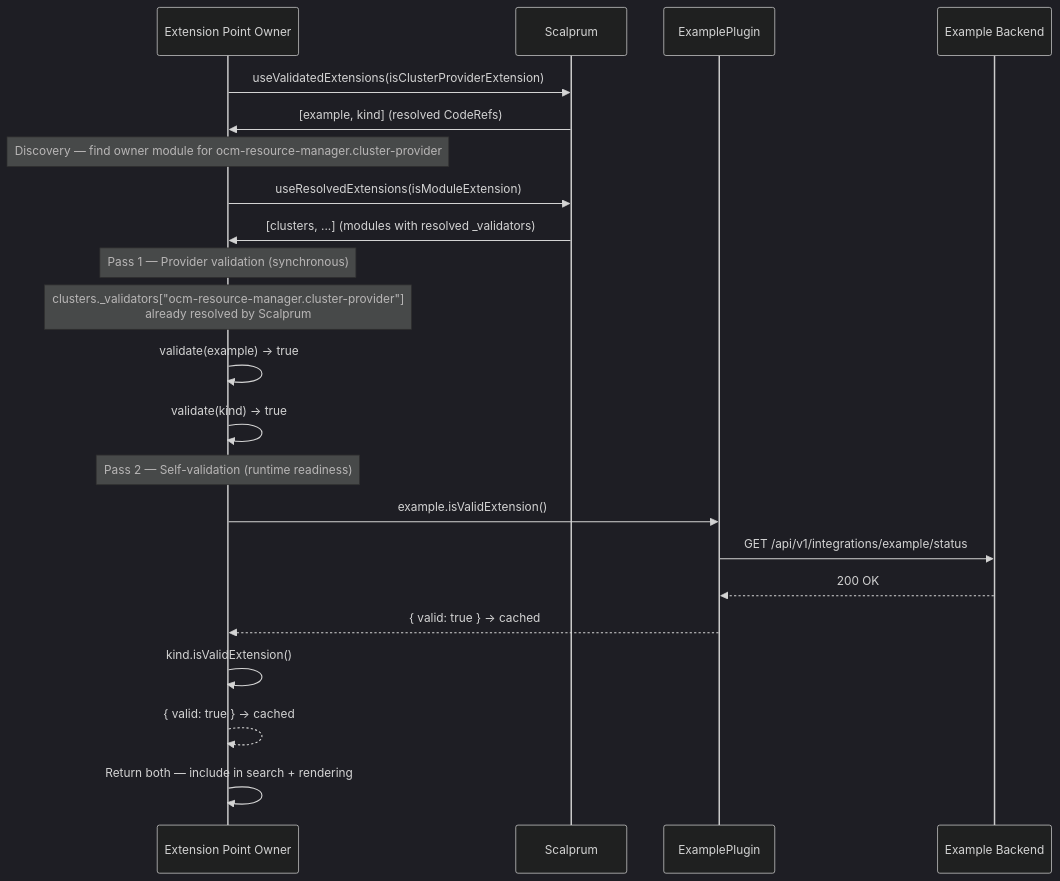
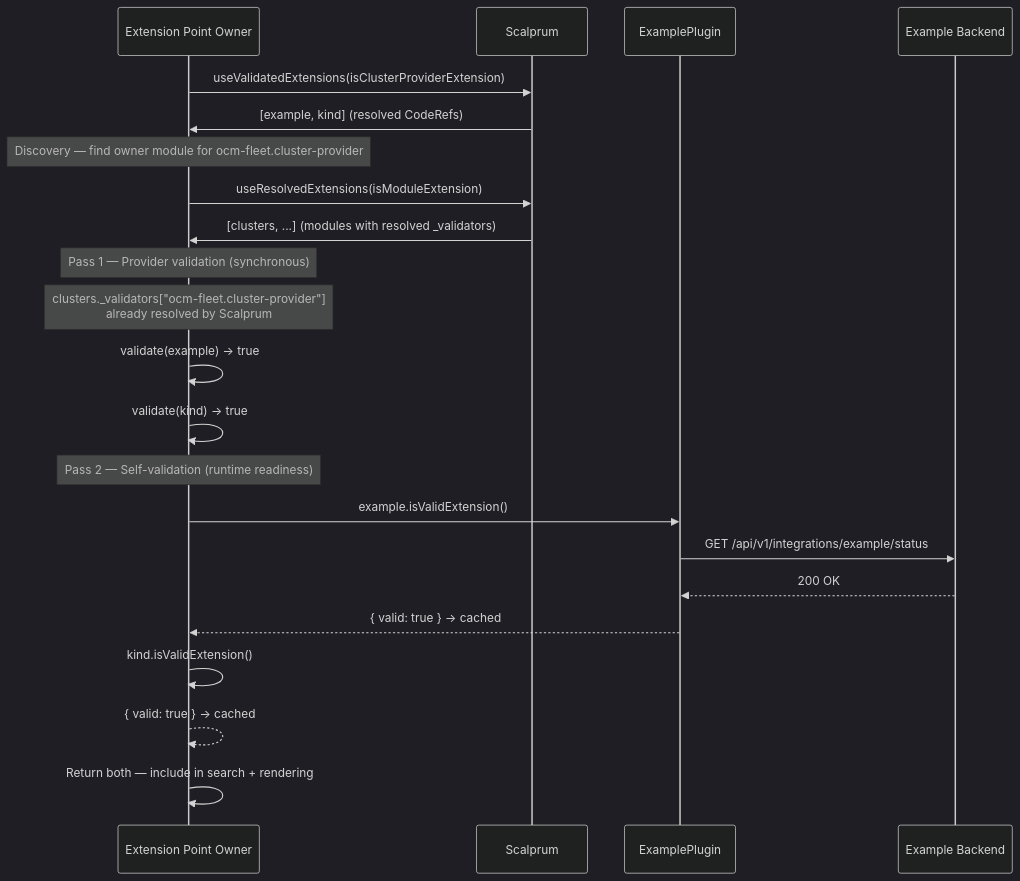
One commit to fleetshift/fleetshift-poc changed the second of 4 diagrams in docs/ui/extension-validation.md. Above: the diagram before and after it, drawn with Mermaid (dark theme). The commit also changed other lines of this file and 819 other files, not shown here.

Commit message:
Use OCM Fleet for project identity and terminology

````diff
--- a/docs/ui/extension-validation.md
+++ b/docs/ui/extension-validation.md
@@ -539,29 +539,29 @@
 ```mermaid
 sequenceDiagram
     participant EPOwner as Extension Point Owner
     participant Scalprum
     participant ExampleProvider as ExamplePlugin
     participant Backend as Example Backend
 
     EPOwner->>Scalprum: useValidatedExtensions(isClusterProviderExtension)
     Scalprum->>EPOwner: [example, kind] (resolved CodeRefs)
 
-    Note over EPOwner: Discovery — find owner module for ocm-resource-manager.cluster-provider
+    Note over EPOwner: Discovery — find owner module for ocm-fleet.cluster-provider
     EPOwner->>Scalprum: useResolvedExtensions(isModuleExtension)
     Scalprum->>EPOwner: [clusters, ...] (modules with resolved _validators)
 
     Note over EPOwner: Pass 1 — Provider validation (synchronous)
-    Note over EPOwner: clusters._validators["ocm-resource-manager.cluster-provider"]<br/>already resolved by Scalprum
+    Note over EPOwner: clusters._validators["ocm-fleet.cluster-provider"]<br/>already resolved by Scalprum
     EPOwner->>EPOwner: validate(example) → true
     EPOwner->>EPOwner: validate(kind) → true
 
     Note over EPOwner: Pass 2 — Self-validation (runtime readiness)
     EPOwner->>ExampleProvider: example.isValidExtension()
     ExampleProvider->>Backend: GET /api/v1/integrations/example/status
     Backend-->>ExampleProvider: 200 OK
     ExampleProvider-->>EPOwner: { valid: true } → cached
     EPOwner->>EPOwner: kind.isValidExtension()
     EPOwner-->>EPOwner: { valid: true } → cached
 
     EPOwner->>EPOwner: Return both — include in search + rendering
 ```
````
